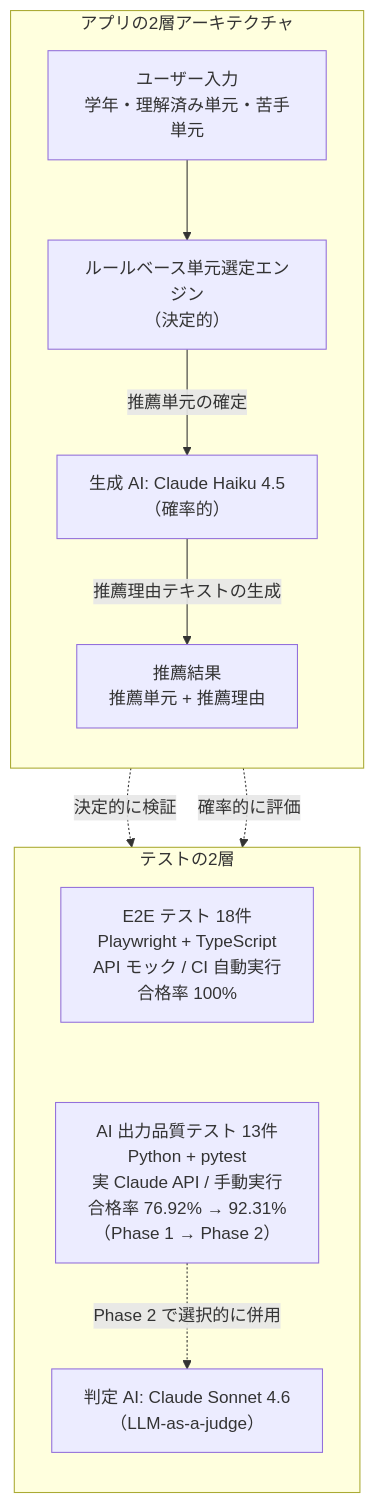
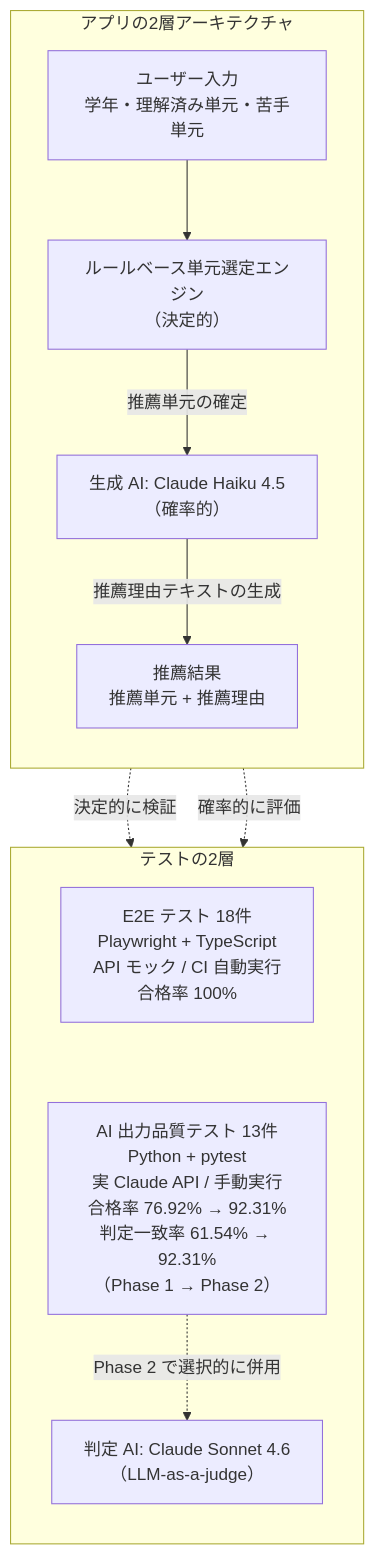
Before and after one commit to nani9ashi/qa-portfolio-ai-recommender: the diagram in README.md, drawn with Mermaid. The commit also changed other lines of this file and 7 other files, not shown here.

````diff
--- a/README.md
+++ b/README.md
@@ -87,26 +87,26 @@
 ```mermaid
 flowchart TD
     subgraph App["アプリの2層アーキテクチャ"]
         direction TB
         Input["ユーザー入力<br/>学年・理解済み単元・苦手単元"]
         Rule["ルールベース単元選定エンジン<br/>（決定的）"]
         AI["生成 AI: Claude Haiku 4.5<br/>（確率的）"]
         Output["推薦結果<br/>推薦単元 + 推薦理由"]
 
         Input --> Rule
         Rule -->|推薦単元の確定| AI
         AI -->|推薦理由テキストの生成| Output
     end
 
     subgraph Tests["テストの2層"]
         direction TB
         E2E["E2E テスト 18件<br/>Playwright + TypeScript<br/>API モック / CI 自動実行<br/>合格率 100%"]
-        AIQuality["AI 出力品質テスト 13件<br/>Python + pytest<br/>実 Claude API / 手動実行<br/>合格率 76.92% → 92.31%<br/>（Phase 1 → Phase 2）"]
+        AIQuality["AI 出力品質テスト 13件<br/>Python + pytest<br/>実 Claude API / 手動実行<br/>合格率 76.92% → 92.31%<br/>判定一致率 61.54% → 92.31%<br/>（Phase 1 → Phase 2）"]
         Judge["判定 AI: Claude Sonnet 4.6<br/>（LLM-as-a-judge）"]
         E2E ~~~ AIQuality
         AIQuality -.Phase 2 で選択的に併用.-> Judge
     end
 
     Rule -.決定的に検証.-> E2E
     AI -.確率的に評価.-> AIQuality
 ```
````
